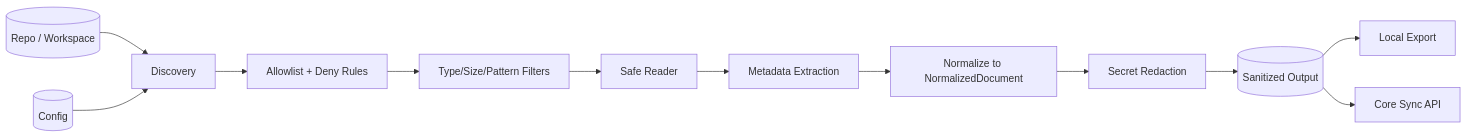
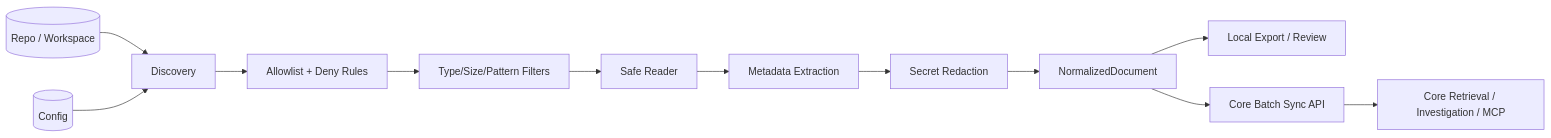
One commit to Auro-rium/Ops-Incident-Collector changed the diagram in README.md. Above: the diagram before and after it, drawn with Mermaid. The commit also changed other lines of this file, not shown here.

````diff
--- a/README.md
+++ b/README.md
@@ -15,14 +16,14 @@
 ```mermaid
 flowchart LR
     Repo[(Repo / Workspace)] --> Disc[Discovery]
     Cfg[(Config)] --> Disc
     Disc --> Policy[Allowlist + Deny Rules]
     Policy --> Filter[Type/Size/Pattern Filters]
     Filter --> Read[Safe Reader]
     Read --> Meta[Metadata Extraction]
-    Meta --> Norm[Normalize to NormalizedDocument]
-    Norm --> Redact[Secret Redaction]
-    Redact --> Out[(Sanitized Output)]
-    Out --> Local[Local Export]
-    Out --> Core[Core Sync API]
+    Meta --> Redact[Secret Redaction]
+    Redact --> Norm[NormalizedDocument]
+    Norm --> Local[Local Export / Review]
+    Norm --> Core[Core Batch Sync API]
+    Core --> RAG[Core Retrieval / Investigation / MCP]
 ```
````
